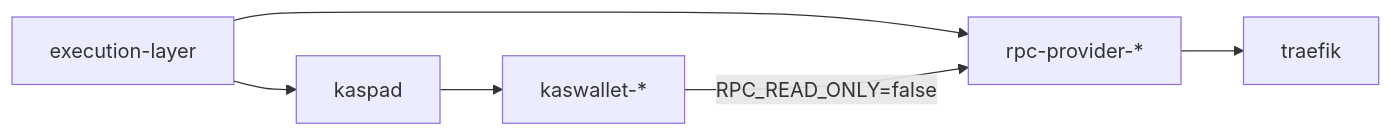
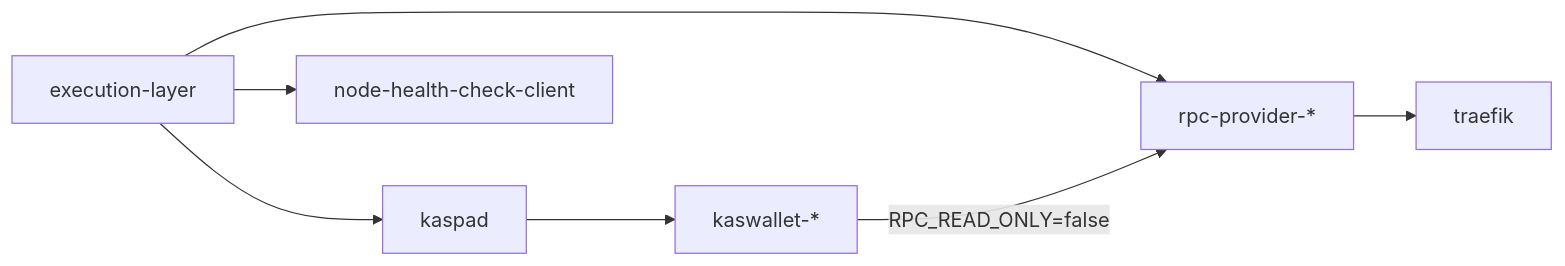
One commit to IgraLabs/igra-orchestra changed the diagram in doc/troubleshooting/service-restart-debugging.md. Above: the diagram before and after it, drawn with Mermaid. The commit also changed 1 other file, not shown here.

Commit message:
[ENG-1169] fix(node-health-check): gate client startup on execution-layer health
node-health-check-client polls http://execution-layer:8545 but had no startup
gating, so on `docker compose --profile backend up` it raced reth's boot. Its
initial RPC connection failed, the client landed in a degraded state, and it
never recovered: the process stayed alive (the healthcheck kept it Up) while it
silently stopped pushing, so the monitoring dashboard went stale after a backend
down/up. Add a health-gated depends_on on execution-layer, mirroring rpc-provider;
required:false preserves the standalone node-health-check-client profile. Also add
the client to the dependency map in the restart-debugging doc.

````diff
--- a/doc/troubleshooting/service-restart-debugging.md
+++ b/doc/troubleshooting/service-restart-debugging.md
@@ -28,8 +28,9 @@
 ```mermaid
 flowchart LR
   executionLayer["execution-layer"] --> kaspad["kaspad"]
   executionLayer --> rpcProvider["rpc-provider-*"]
+  executionLayer --> nodeHealthCheck["node-health-check-client"]
   kaspad --> kaswallet["kaswallet-*"]
   kaswallet -->|"RPC_READ_ONLY=false"| rpcProvider
   rpcProvider --> traefik["traefik"]
 ```
````
